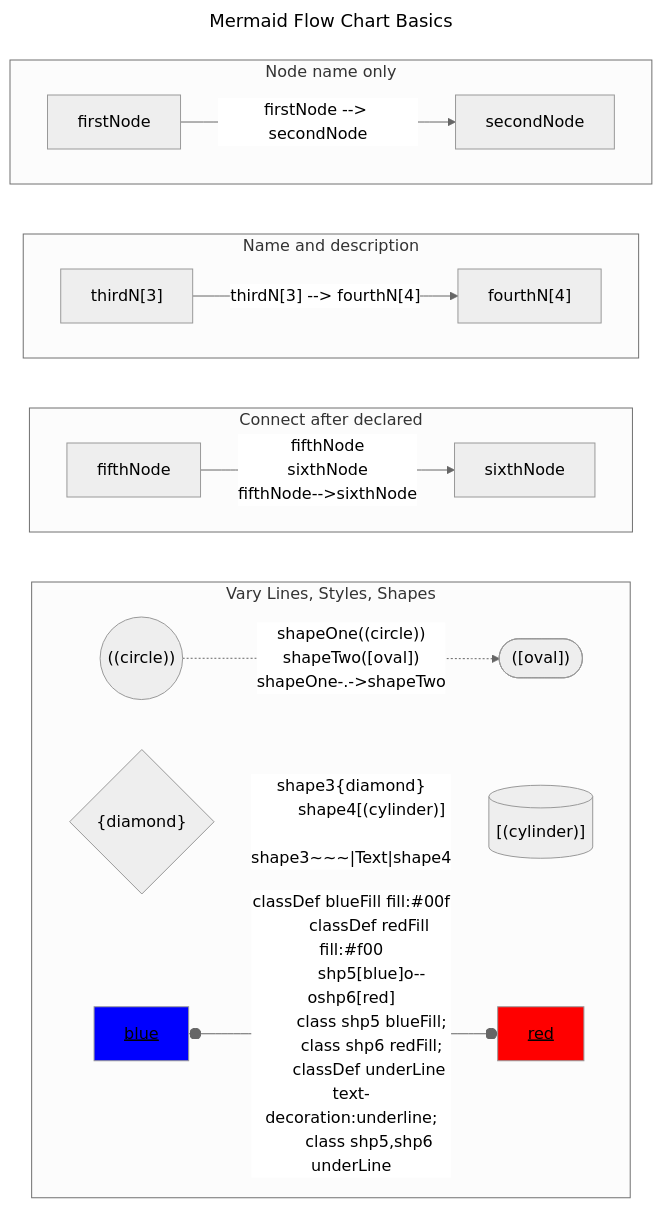
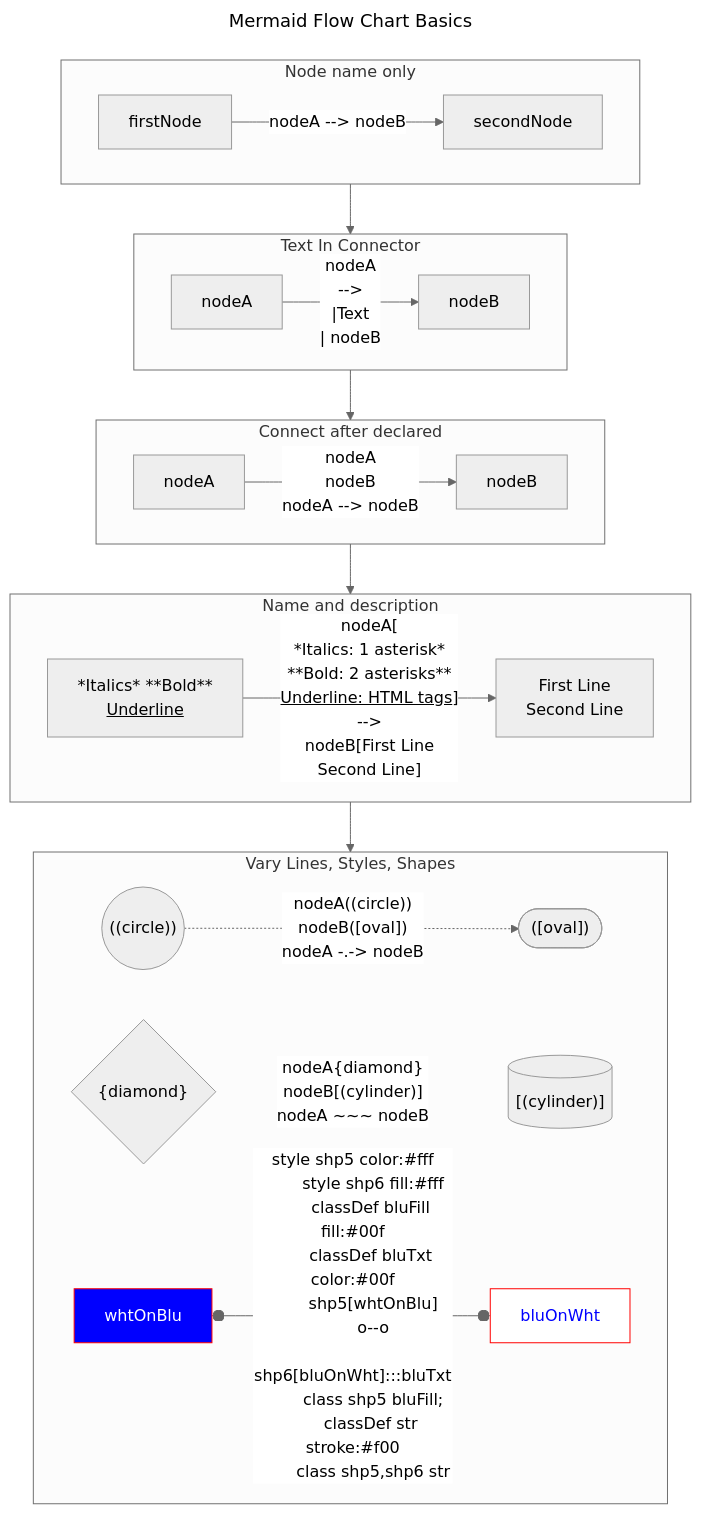
One commit to thisLeif/thisleif.github.io changed the diagram in MMD-PM.md. Above: the diagram before and after it, drawn with Mermaid (neutral theme). The commit also changed other lines of this file and 1 other file, not shown here.

Commit message:
Updates mmd for readability

````diff
--- a/MMD-PM.md
+++ b/MMD-PM.md
@@ -8,65 +11,100 @@
 flowchart TD
     subgraph un[Node name only]
         direction LR
-        firstNode--"firstNode --> secondNode"-->secondNode
+        firstNode 
+        --> 
+        |"nodeA --> nodeB"
+        | secondNode
     end
 
-    subgraph doux[Name and description]
+    subgraph doux[Text In Connector]
         direction LR
-        thirdN["thirdN[3]"]--"thirdN[3] --> fourthN[4]"-->fourthN["fourthN[4]"]
+        nodeA 
+        -->  
+        |"nodeA 
+        --> 
+        |Text
+        | nodeB"
+        | nodeB
     end
 
     subgraph troix[Connect after declared]
         direction LR
+        fifthNode[nodeA]
+        sixthNode[nodeB]
         fifthNode
-        sixthNode
-        fifthNode--"""
-            fifthNode
-            sixthNode
-            fifthNode-->sixthNode
-        """-->sixthNode
+        -->
+        |"""
+            nodeA
+            nodeB
+            nodeA --> nodeB
+        """
+        |sixthNode
     end
 
-    subgraph quatre[Vary Lines, Styles, Shapes]
+    subgraph quatre[Name and description]
+        direction LR
+        thirdN[*Italics* **Bold** 
+        <u>Underline</u>]
+        -->
+        |"""nodeA[
+        *Italics: 1 asterisk* 
+        **Bold: 2 asterisks** 
+        <u>Underline: HTML tags</u>] 
+        --> 
+        nodeB[First Line
+        Second Line]"""
+        |fourthN["""
+        First Line
+        Second Line"""]
+    end
+
+    subgraph cinque[Vary Lines, Styles, Shapes]
         direction LR
         shapeOne(("((circle))"))
         shapeTwo(["([oval])"])
-        shapeOne-."""
-        shapeOne((circle))
-        shapeTwo([oval])
-        shapeOne-.->shapeTwo
-        """-.->shapeTwo
+        shapeOne
+        -.->
+        |"""
+            nodeA((circle))
+            nodeB([oval])
+            nodeA -.-> nodeB
+        """|shapeTwo
 
         shape3{"{diamond}"}
         shape4[("[(cylinder)]")]
-        shape3~~~|"
-        shape3{diamond}
-        shape4[(cylinder)]
-        shape3~~~|Text|shape4
-        "|shape4
+        shape3
+        ~~~
+        |"
+            nodeA{diamond}
+            nodeB[(cylinder)]
+            nodeA ~~~ nodeB
+        "
+        |shape4
 
-        classDef blueFill fill:#00f;
-        classDef redFill fill:#f00;
-        shp5[blue]o--o|"""
-        classDef blueFill fill:#00f;
-        classDef redFill fill:#f00;
-        shp5[blue]o--oshp6[red]
-        class shp5 blueFill;
-        class shp6 redFill;
-        classDef underLine text-decoration:underline;
-        class shp5,shp6 underLine
-        """|shp6[red]
-        class shp5 blueFill;
-        class shp6 redFill;
-        classDef underLine text-decoration:underline;
-        class shp5,shp6 underLine
-
-        
-
+        classDef bluFill fill:#00f;
+        classDef bluTxt color:#00f;
+        shp5[whtOnBlu]
+        o--o
+        |"""
+        style shp5 color:#fff
+        style shp6 fill:#fff
+        classDef bluFill fill:#00f;
+        classDef bluTxt color:#00f;
+        shp5[whtOnBlu]
+        o--o
+        shp6[bluOnWht]:::bluTxt
+        class shp5 bluFill;
+        classDef str stroke:#f00;
+        class shp5,shp6 str
+        """
+        |shp6[bluOnWht]:::bluTxt
+        class shp5 bluFill;
+        classDef str stroke:#f00;
+        class shp5,shp6 str
+        style shp5 color:#fff
+        style shp6 fill:#fff
     end
 
-    un~~~doux~~~troix~~~quatre
-
-
-
+    un-->doux-->troix-->quatre-->cinque
 ```
````
